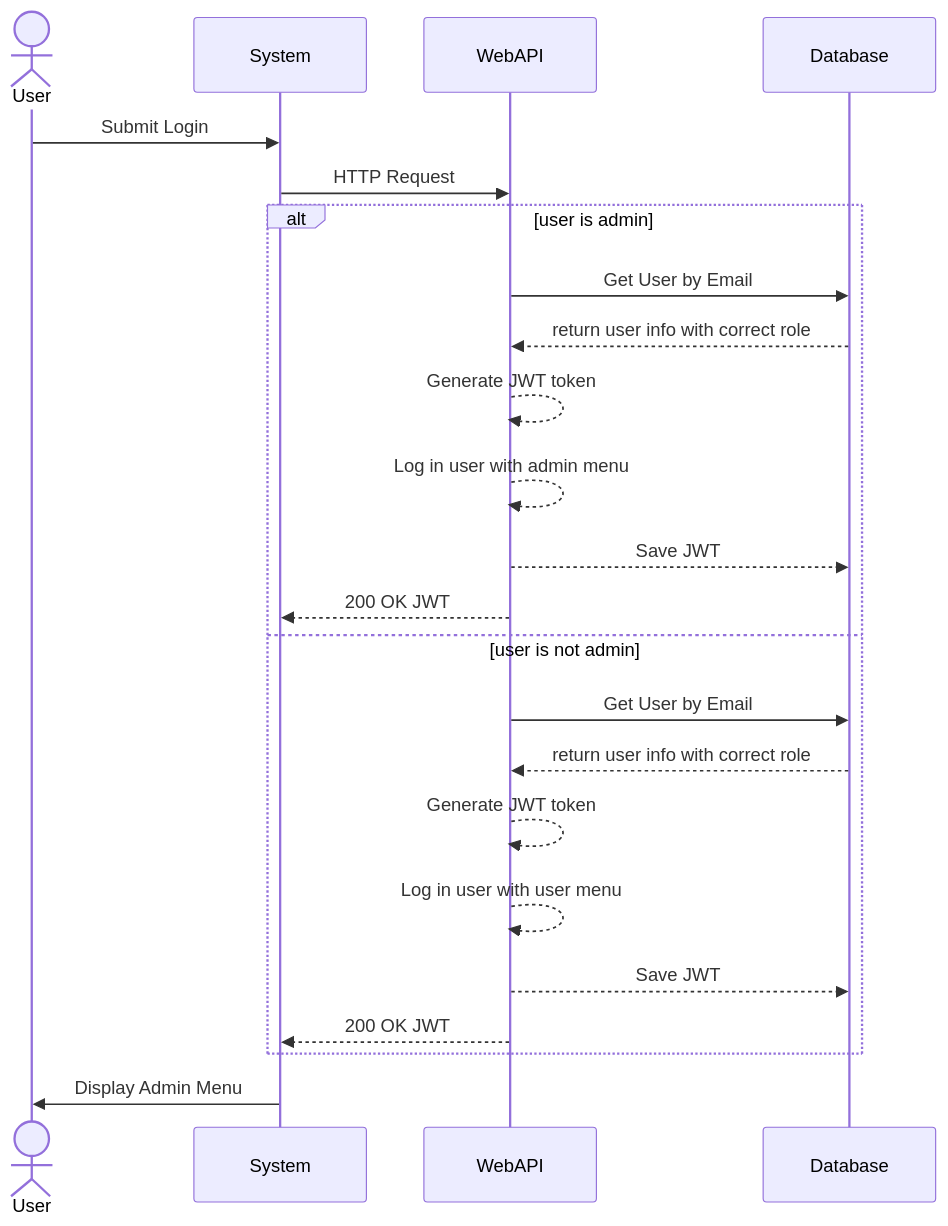
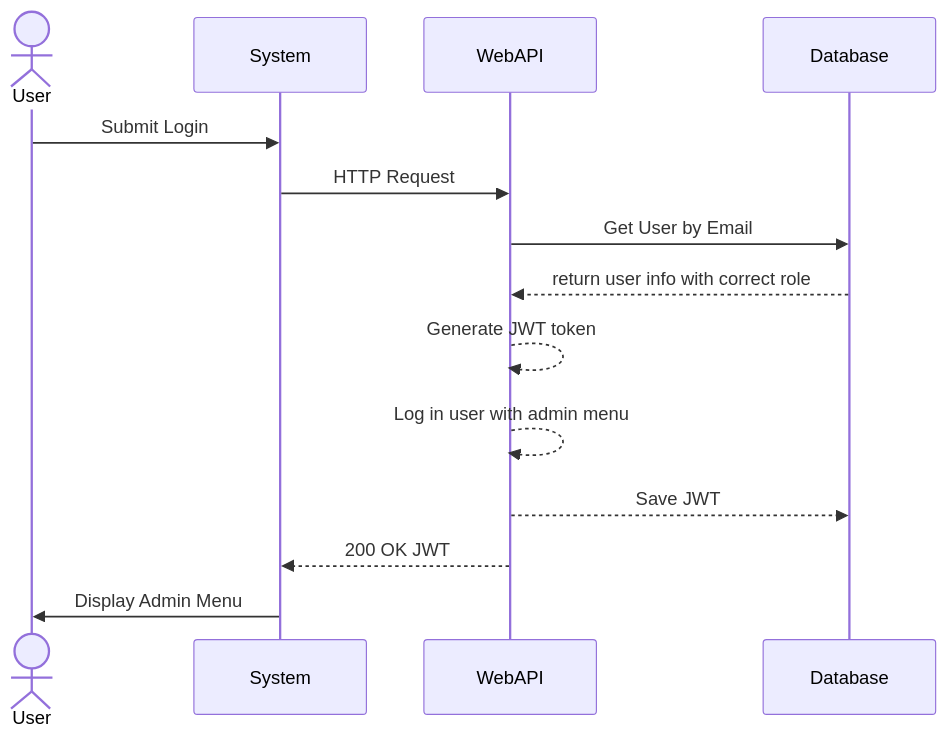
The second of 2 diagrams in admin.md (simonekranawetter/software-analysis-final), drawn with Mermaid before and after one commit.

Commit message:
removed part of sequence diagram in admin that wasn't relevant

````diff
--- a/admin.md
+++ b/admin.md
@@ -62,25 +62,16 @@
 ```mermaid
 sequenceDiagram 
     actor U as User
     participant S as System
     participant A as WebAPI
     participant D as Database
     U->>S: Submit Login
     S->>A: HTTP Request
-    alt user is admin
     A->>D: Get User by Email
     D-->>A: return user info with correct role
     A-->>A: Generate JWT token
     A-->>A: Log in user with admin menu
     A-->>D: Save JWT
     A-->>S: 200 OK JWT
-    else user is not admin
-    A->>D: Get User by Email
-    D-->>A: return user info with correct role 
-    A-->>A: Generate JWT token
-    A-->>A: Log in user with user menu
-    A-->>D: Save JWT
-    A-->>S: 200 OK JWT
-    end
     S->>U: Display Admin Menu
 ```
````
